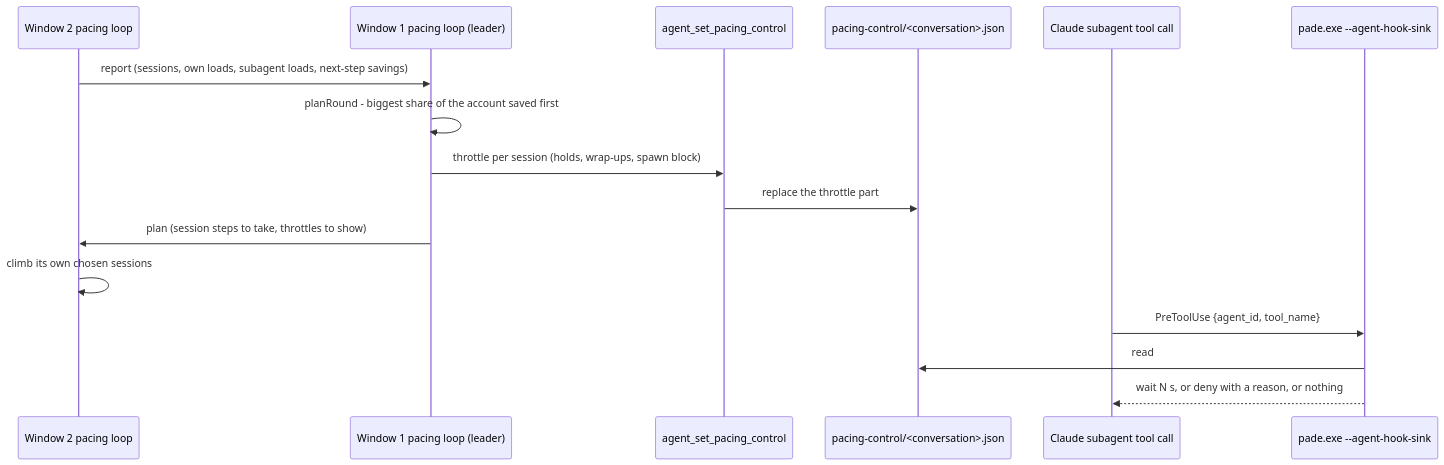
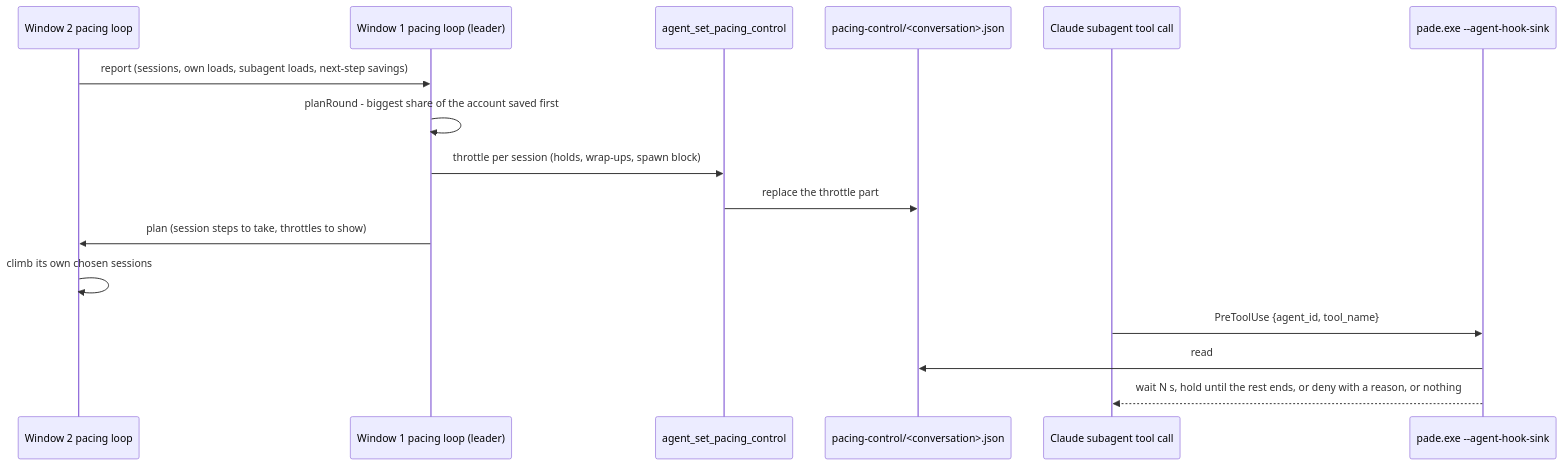
Diagram 12 of 15 in ARCHITECTURE.md (avi12/pade), drawn with Mermaid before and after one commit. The commit also changed other lines of this file and 1 other file, not shown here.

Commit message:
docs(pacing): describe rests that hold tool calls and the stop fallback

````diff
--- a/ARCHITECTURE.md
+++ b/ARCHITECTURE.md
@@ -596,18 +606,18 @@
 ```mermaid
 sequenceDiagram
   participant W2 as Window 2 pacing loop
   participant W1 as Window 1 pacing loop (leader)
   participant BE as agent_set_pacing_control
   participant F as pacing-control/<conversation>.json
   participant C as Claude subagent tool call
   participant S as pade.exe --agent-hook-sink
   W2->>W1: report (sessions, own loads, subagent loads, next-step savings)
   W1->>W1: planRound - biggest share of the account saved first
   W1->>BE: throttle per session (holds, wrap-ups, spawn block)
   BE->>F: replace the throttle part
   W1->>W2: plan (session steps to take, throttles to show)
   W2->>W2: climb its own chosen sessions
   C->>S: PreToolUse {agent_id, tool_name}
   S->>F: read
-  S-->>C: wait N s, or deny with a reason, or nothing
+  S-->>C: wait N s, hold until the rest ends, or deny with a reason, or nothing
 ```
````
